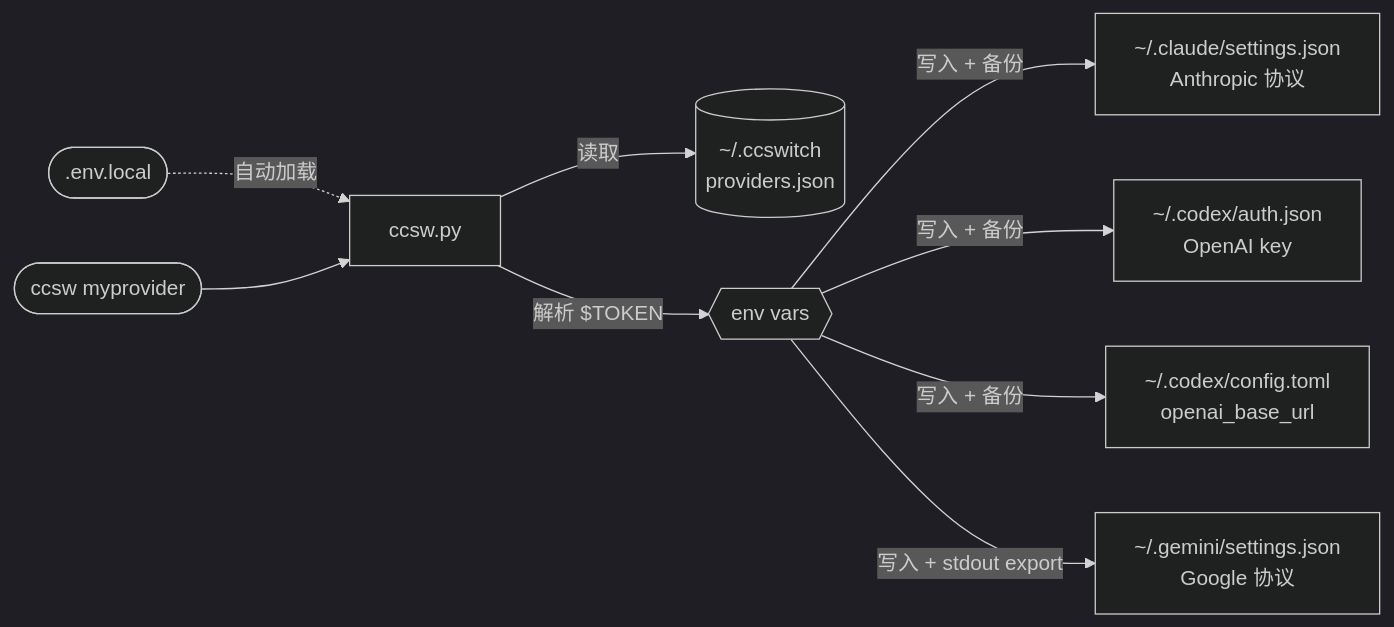
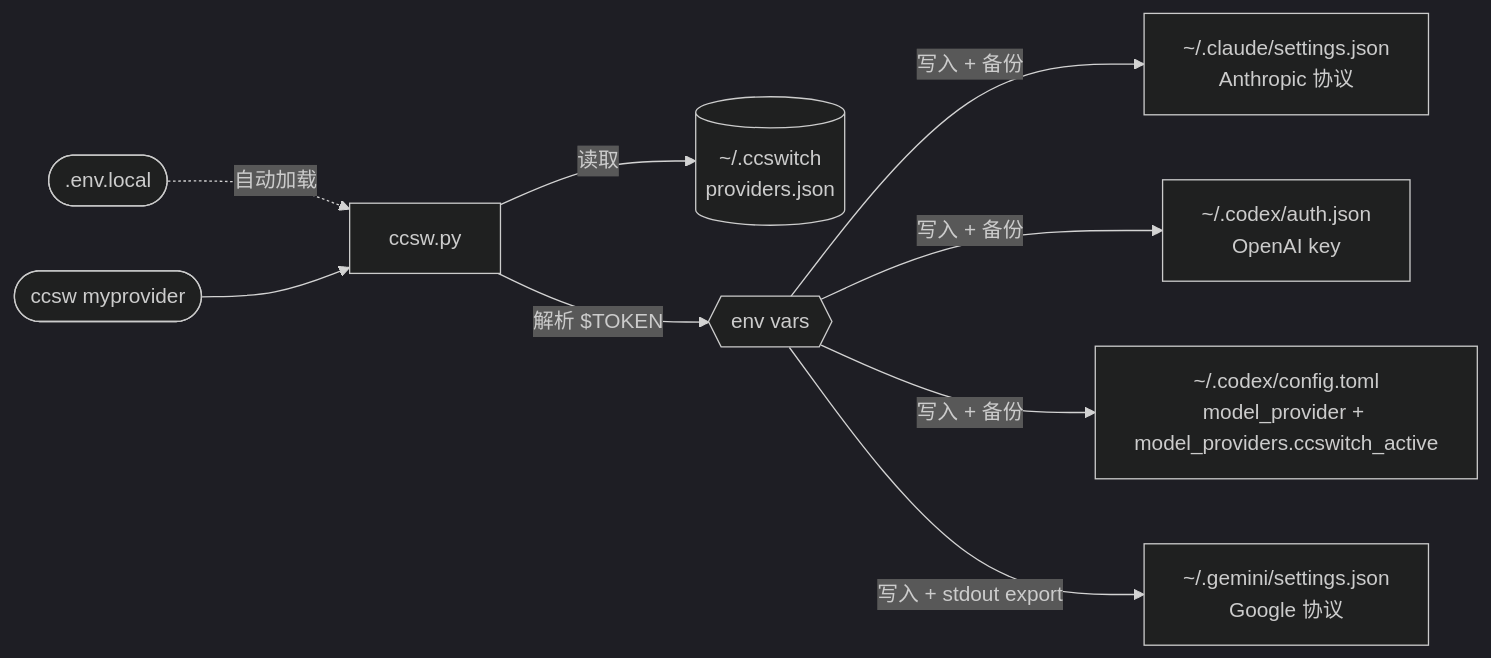
Before and after one commit to Boulea7/ccswitch-terminal: the diagram in README.md, drawn with Mermaid (dark theme). The commit also changed other lines of this file and 5 other files, not shown here.

Commit message:
fix: use custom codex provider for http-only relays

````diff
--- a/README.md
+++ b/README.md
@@ -278,11 +305,11 @@
 ```mermaid
 flowchart LR
     L([".env.local"]) -. "自动加载" .-> P
     U(["ccsw myprovider"]) --> P["ccsw.py"]
     P -- "读取" --> DB[("~/.ccswitch\nproviders.json")]
     P -- "解析 $TOKEN" --> E{{"env vars"}}
     E -- "写入 + 备份" --> C["~/.claude/settings.json\nAnthropic 协议"]
     E -- "写入 + 备份" --> X["~/.codex/auth.json\nOpenAI key"]
-    E -- "写入 + 备份" --> T["~/.codex/config.toml\nopenai_base_url"]
+    E -- "写入 + 备份" --> T["~/.codex/config.toml\nmodel_provider + model_providers.ccswitch_active"]
     E -- "写入 + stdout export" --> G["~/.gemini/settings.json\nGoogle 协议"]
 ```
````
